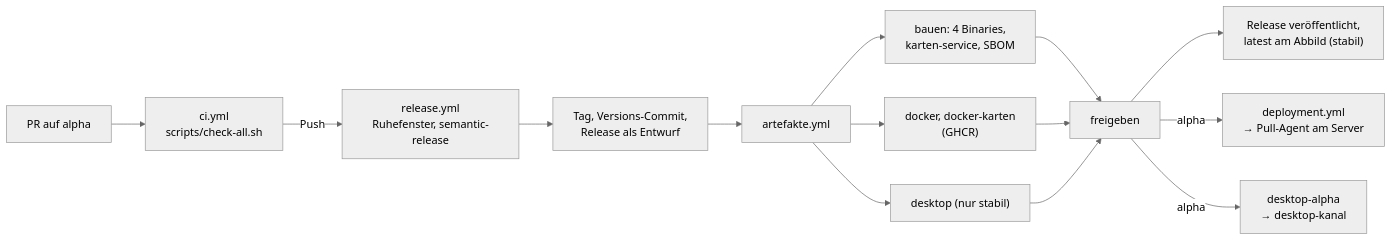
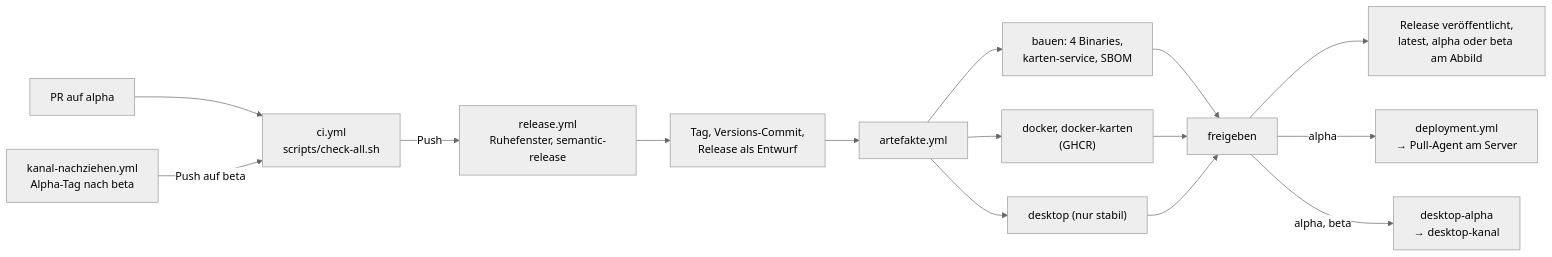
Before and after one commit to rubenvitt/lifeline-hub: the second of 2 diagrams in docs/architektur/07-verteilungssicht.md, drawn with Mermaid (neutral theme). The commit also changed other lines of this file and 19 other files, not shown here.

First line of the commit message:
feat(release): Kanal beta mit eigenem Desktop-Kanal, Nachzug aus Alpha-Tags und gleitenden Abbild-Tags

````diff
--- a/docs/architektur/07-verteilungssicht.md
+++ b/docs/architektur/07-verteilungssicht.md
@@ -140,16 +140,17 @@
 ```mermaid
 flowchart LR
   PR["PR auf alpha"] --> CI["ci.yml<br/>scripts/check-all.sh"]
   CI -->|Push| REL["release.yml<br/>Ruhefenster, semantic-release"]
   REL --> TAG["Tag, Versions-Commit,<br/>Release als Entwurf"]
   TAG --> ART["artefakte.yml"]
   ART --> B["bauen: 4 Binaries,<br/>karten-service, SBOM"]
   ART --> D["docker, docker-karten<br/>(GHCR)"]
   ART --> DS["desktop (nur stabil)"]
+  NZ["kanal-nachziehen.yml<br/>Alpha-Tag nach beta"] -->|Push auf beta| CI
   B --> F["freigeben"]
   D --> F
   DS --> F
-  F --> PUB["Release veröffentlicht,<br/>latest am Abbild (stabil)"]
+  F --> PUB["Release veröffentlicht,<br/>latest, alpha oder beta am Abbild"]
   F -->|alpha| DEP["deployment.yml<br/>→ Pull-Agent am Server"]
-  F -->|alpha| DA["desktop-alpha<br/>→ desktop-kanal"]
+  F -->|alpha, beta| DA["desktop-alpha<br/>→ desktop-kanal"]
 ```
````
